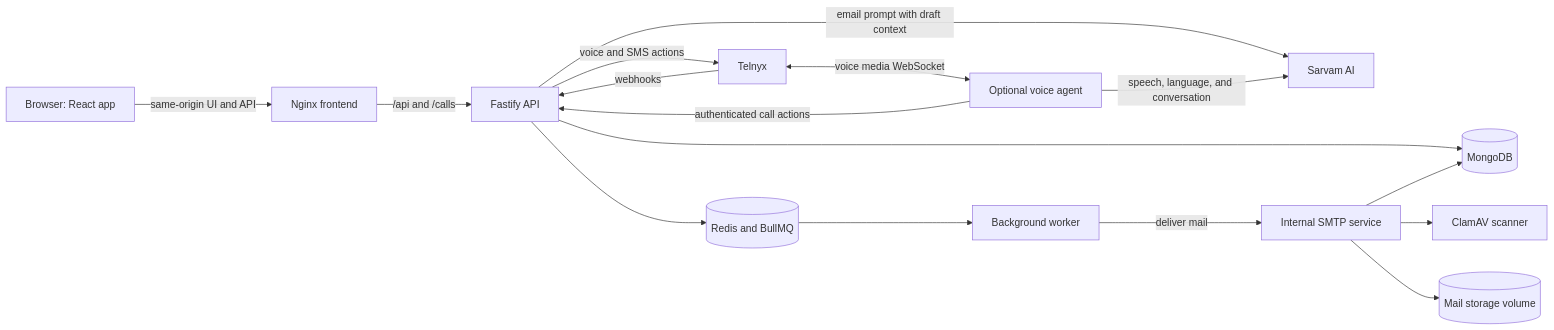
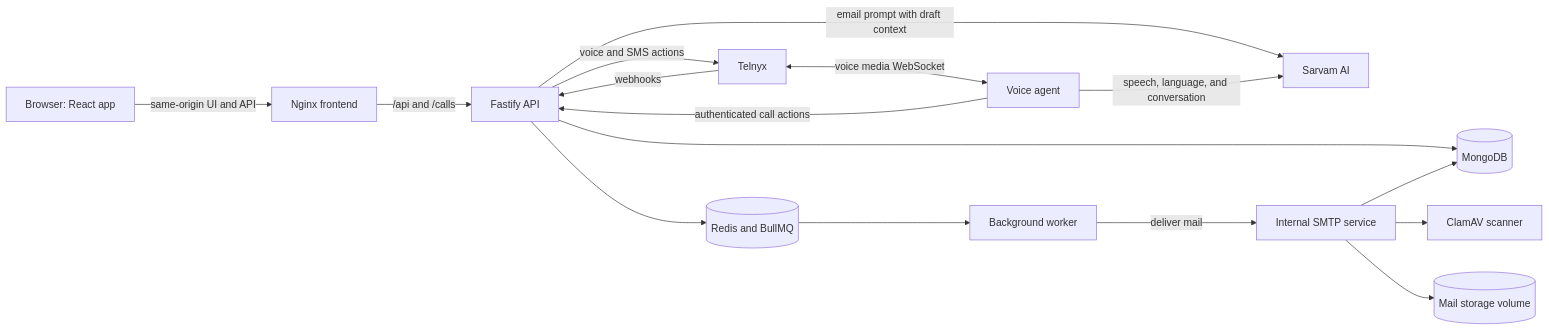
One commit to TS47Andres/Syscall changed the diagram in README.md. Above: the diagram before and after it, drawn with Mermaid. The commit also changed other lines of this file and 4 other files, not shown here.

````diff
--- a/README.md
+++ b/README.md
@@ -138,18 +156,18 @@
 ```mermaid
 flowchart LR
   Browser[Browser: React app] -->|same-origin UI and API| Web[Nginx frontend]
   Web -->|/api and /calls| API[Fastify API]
   API --> Mongo[(MongoDB)]
   API --> Redis[(Redis and BullMQ)]
   API -->|email prompt with draft context| Sarvam[Sarvam AI]
   API -->|voice and SMS actions| Telnyx[Telnyx]
   Redis --> Worker[Background worker]
   Worker -->|deliver mail| SMTP[Internal SMTP service]
   SMTP --> ClamAV[ClamAV scanner]
   SMTP --> Mongo
   SMTP --> Files[(Mail storage volume)]
   Telnyx -->|webhooks| API
-  Telnyx <-->|voice media WebSocket| Voice[Optional voice agent]
+  Telnyx <-->|voice media WebSocket| Voice[Voice agent]
   Voice -->|speech, language, and conversation| Sarvam
   Voice -->|authenticated call actions| API
 ```
````
